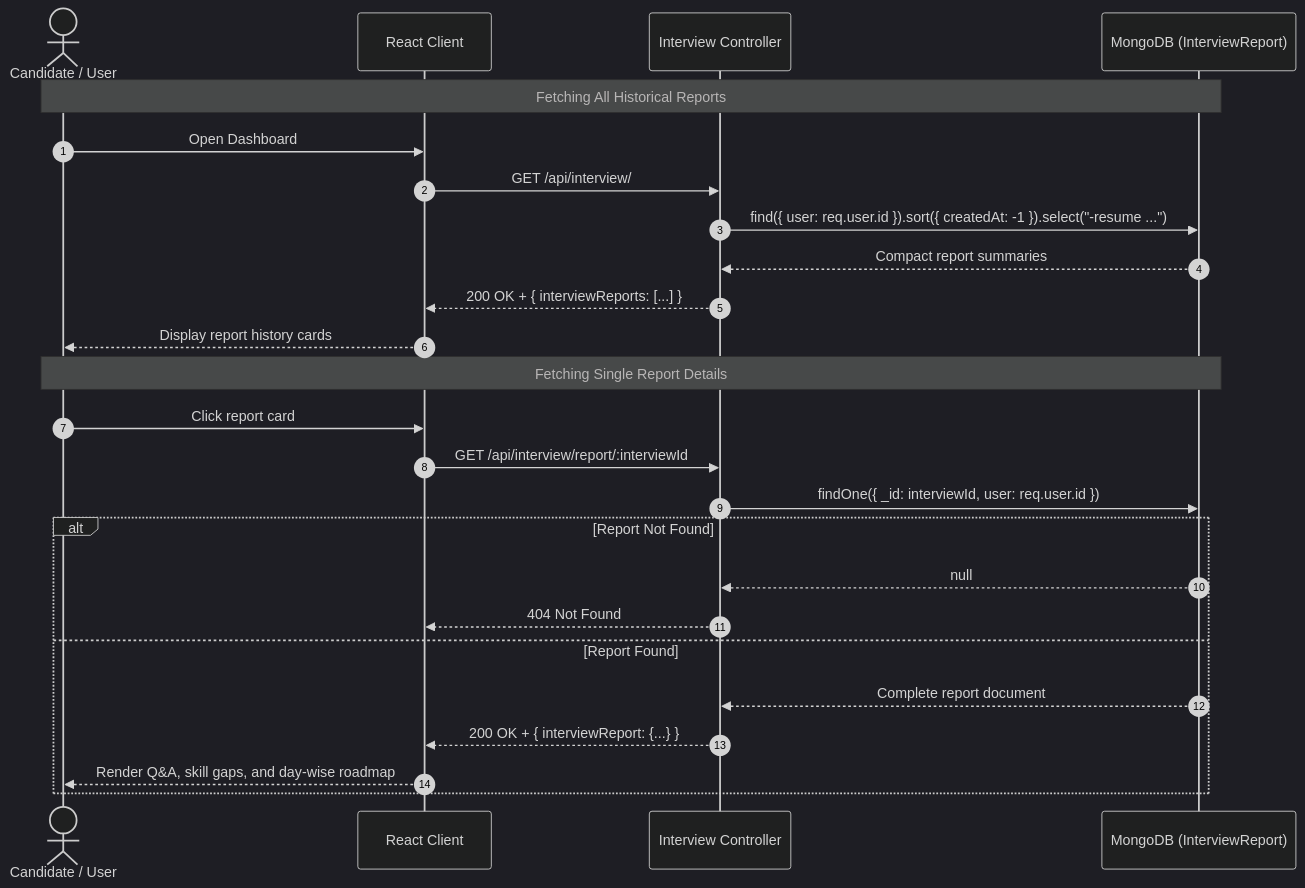
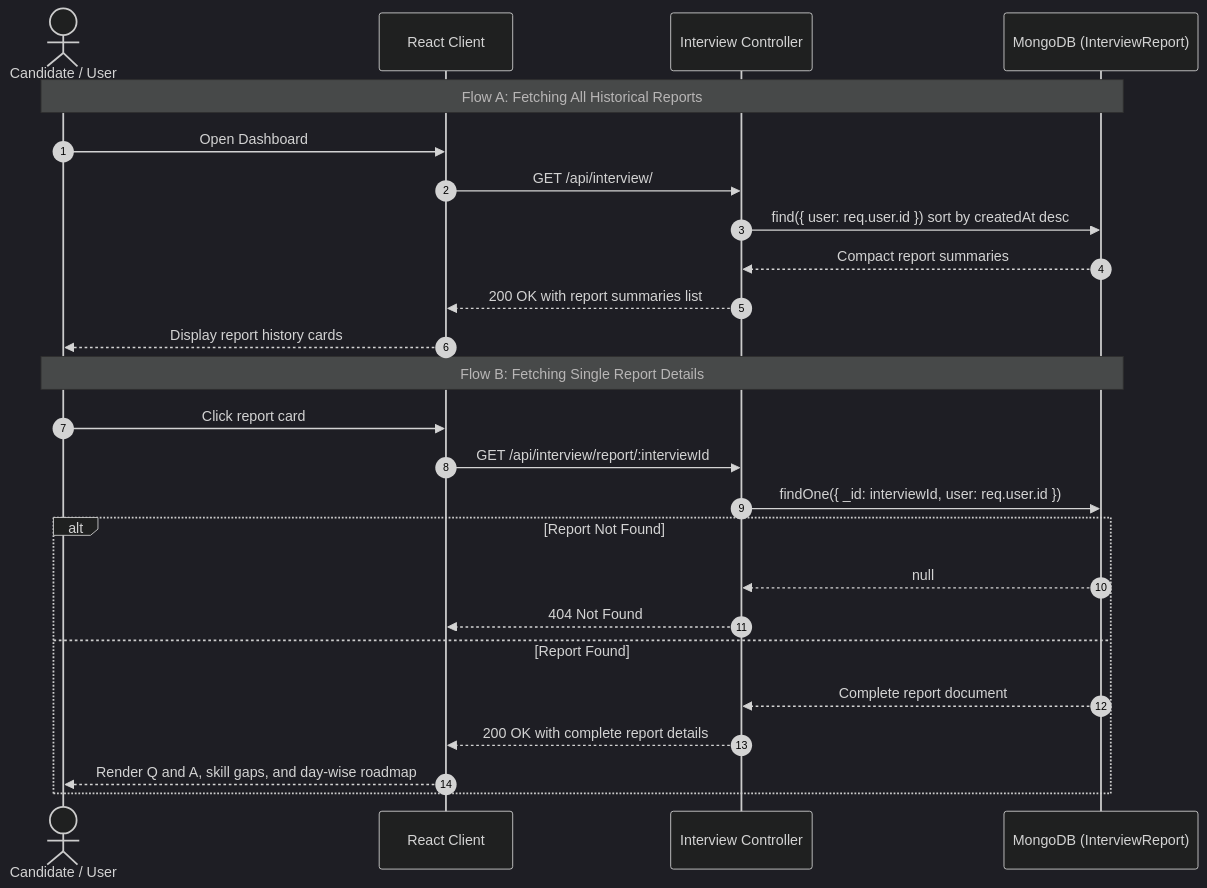
One commit to Shivam-S-Ramoliya/Gen-AI-Project changed the sixth of 7 diagrams in Documents/sequence_diagrams.md. Above: the diagram before and after it, drawn with Mermaid (dark theme). The commit also changed other lines of this file and 4 other files, not shown here.

Commit message:
fix(docs): resolve Mermaid syntax and character escaping in sequence diagrams

````diff
--- a/Documents/sequence_diagrams.md
+++ b/Documents/sequence_diagrams.md
@@ -174,31 +174,29 @@
 ```mermaid
 sequenceDiagram
     autonumber
     actor User as Candidate / User
     participant Frontend as React Client
     participant Controller as Interview Controller
     participant DB as MongoDB (InterviewReport)
 
-    %% Flow A: All Reports
-    Note over User, DB: Fetching All Historical Reports
+    Note over User, DB: Flow A: Fetching All Historical Reports
     User->>Frontend: Open Dashboard
     Frontend->>Controller: GET /api/interview/
-    Controller->>DB: find({ user: req.user.id }).sort({ createdAt: -1 }).select("-resume ...")
+    Controller->>DB: find({ user: req.user.id }) sort by createdAt desc
     DB-->>Controller: Compact report summaries
-    Controller-->>Frontend: 200 OK + { interviewReports: [...] }
+    Controller-->>Frontend: 200 OK with report summaries list
     Frontend-->>User: Display report history cards
 
-    %% Flow B: Specific Report
-    Note over User, DB: Fetching Single Report Details
+    Note over User, DB: Flow B: Fetching Single Report Details
     User->>Frontend: Click report card
     Frontend->>Controller: GET /api/interview/report/:interviewId
     Controller->>DB: findOne({ _id: interviewId, user: req.user.id })
     alt Report Not Found
         DB-->>Controller: null
         Controller-->>Frontend: 404 Not Found
     else Report Found
         DB-->>Controller: Complete report document
-        Controller-->>Frontend: 200 OK + { interviewReport: {...} }
-        Frontend-->>User: Render Q&A, skill gaps, and day-wise roadmap
+        Controller-->>Frontend: 200 OK with complete report details
+        Frontend-->>User: Render Q and A, skill gaps, and day-wise roadmap
     end
 ```
````
